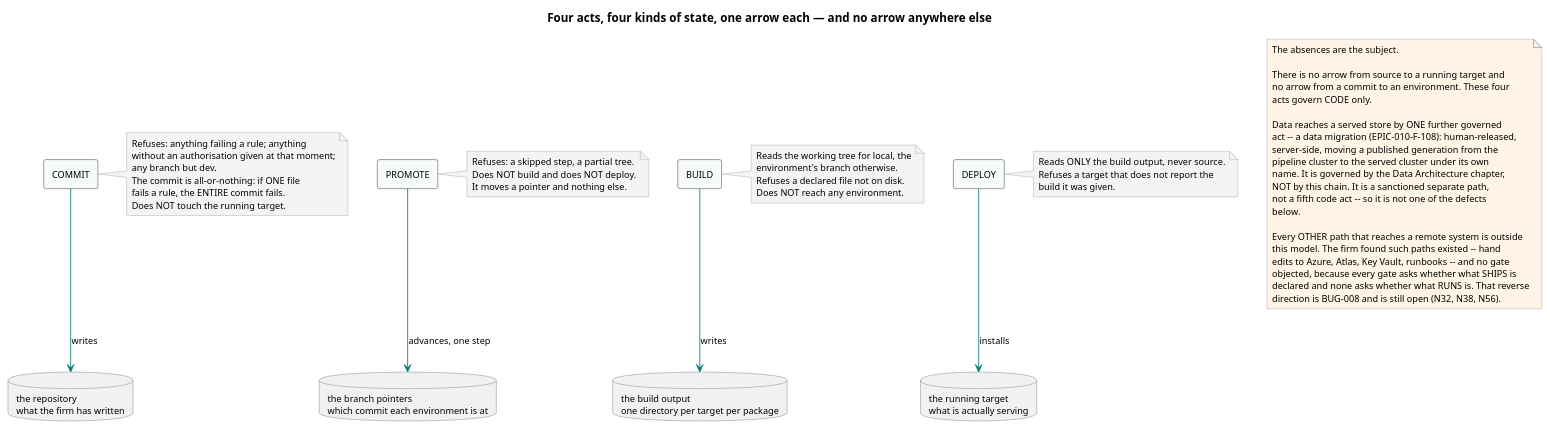
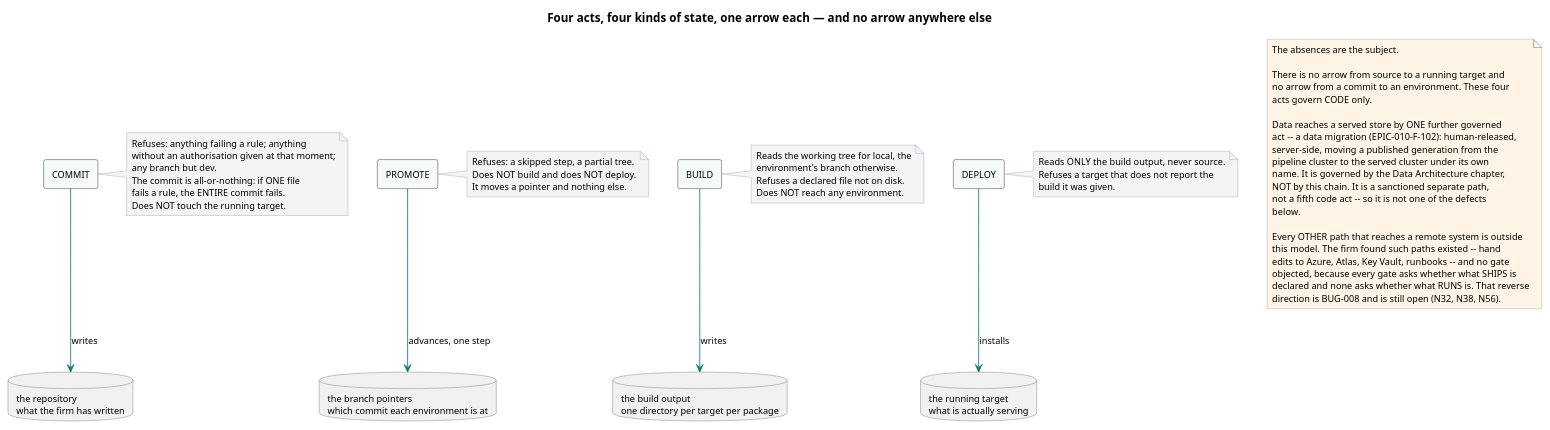
Before and after one commit to SkipSnow/ChatHealthyRepo: the diagram in brain/machine_artifacts/diagramsAndImages/sources/dev_four_acts.puml, drawn with PlantUML. The commit also changed 22 other files, not shown here.

Commit message:
Working-tree checkpoint: build/deploy chain, governance workers, pipeline specialty catalog, tests, diagram sources, brain content

```diff
--- a/brain/machine_artifacts/diagramsAndImages/sources/dev_four_acts.puml
+++ b/brain/machine_artifacts/diagramsAndImages/sources/dev_four_acts.puml
@@ -1,80 +1,80 @@
 @startuml
 skinparam shadowing false
 skinparam defaultFontName Segoe UI
 skinparam defaultFontSize 11
 skinparam ArrowColor #0b7a75
 skinparam ComponentBorderColor #0b7a75
 skinparam DatabaseBorderColor #6b7280
 skinparam NoteBackgroundColor #f3f4f6
 skinparam NoteBorderColor #9ca3af
 
 title Four acts, four kinds of state, one arrow each — and no arrow anywhere else
 
 rectangle "COMMIT" as C #f6fbfa
 rectangle "PROMOTE" as P #f6fbfa
 rectangle "BUILD" as B #f6fbfa
 rectangle "DEPLOY" as D #f6fbfa
 
 database "the repository\nwhat the firm has written" as REPO
 database "the branch pointers\nwhich commit each environment is at" as PTR
 database "the build output\none directory per target per package" as OUT
 database "the running target\nwhat is actually serving" as RUN
 
 C -down-> REPO : writes
 P -down-> PTR  : advances, one step
 B -down-> OUT  : writes
 D -down-> RUN  : installs
 
 note right of C
   Refuses: anything failing a rule; anything
   without an authorisation given at that moment;
   any branch but dev.
   The commit is all-or-nothing: if ONE file
   fails a rule, the ENTIRE commit fails.
   Does NOT touch the running target.
 end note
 
 note right of P
   Refuses: a skipped step, a partial tree.
   Does NOT build and does NOT deploy.
   It moves a pointer and nothing else.
 end note
 
 note right of B
   Reads the working tree for local, the
   environment's branch otherwise.
   Refuses a declared file not on disk.
   Does NOT reach any environment.
 end note
 
 note right of D
   Reads ONLY the build output, never source.
   Refuses a target that does not report the
   build it was given.
 end note
 
 note as ABSENCE #fff4e5
   The absences are the subject.
 
   There is no arrow from source to a running target and
   no arrow from a commit to an environment. These four
   acts govern CODE only.
 
   Data reaches a served store by ONE further governed
-  act -- a data migration (EPIC-010-F-108): human-released,
+  act -- a data migration (EPIC-010-F-102): human-released,
   server-side, moving a published generation from the
   pipeline cluster to the served cluster under its own
   name. It is governed by the Data Architecture chapter,
   NOT by this chain. It is a sanctioned separate path,
   not a fifth code act -- so it is not one of the defects
   below.
 
   Every OTHER path that reaches a remote system is outside
   this model. The firm found such paths existed -- hand
   edits to Azure, Atlas, Key Vault, runbooks -- and no gate
   objected, because every gate asks whether what SHIPS is
   declared and none asks whether what RUNS is. That reverse
   direction is BUG-008 and is still open (N32, N38, N56).
 end note
 
 @enduml
```
